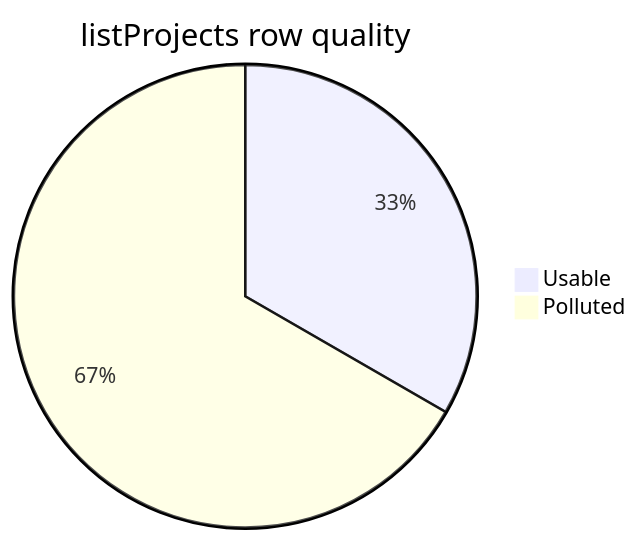
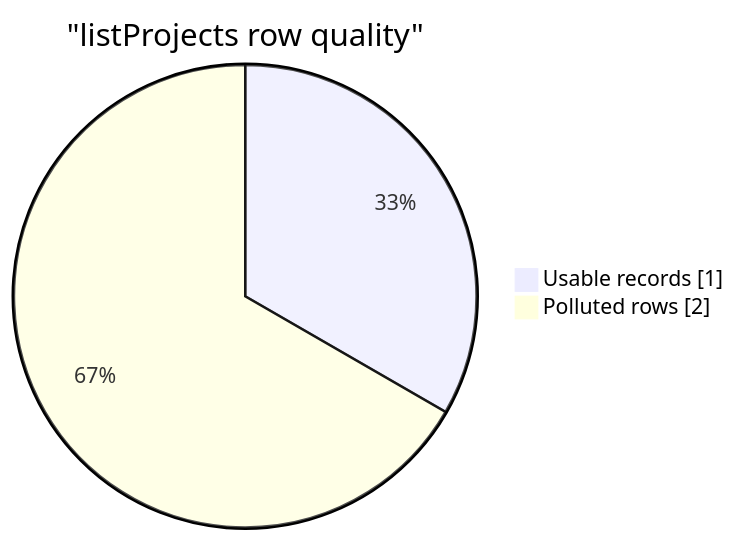
Before and after one commit to mrzmyr/agent-plugin: the ninth of 10 diagrams in skills/create-mermaid/README.md, drawn with Mermaid. The commit also changed other lines of this file, not shown here.

First line of the commit message:
Keep without/with mermaid pairs on the same snapshot.

````diff
--- a/skills/create-mermaid/README.md
+++ b/skills/create-mermaid/README.md
@@ -201,5 +227,6 @@
 ```mermaid
-pie title listProjects row quality
-    "Usable" : 1
-    "Polluted" : 2
+pie showData
+  title "listProjects row quality"
+  "Usable records" : 1
+  "Polluted rows" : 2
 ```
````
